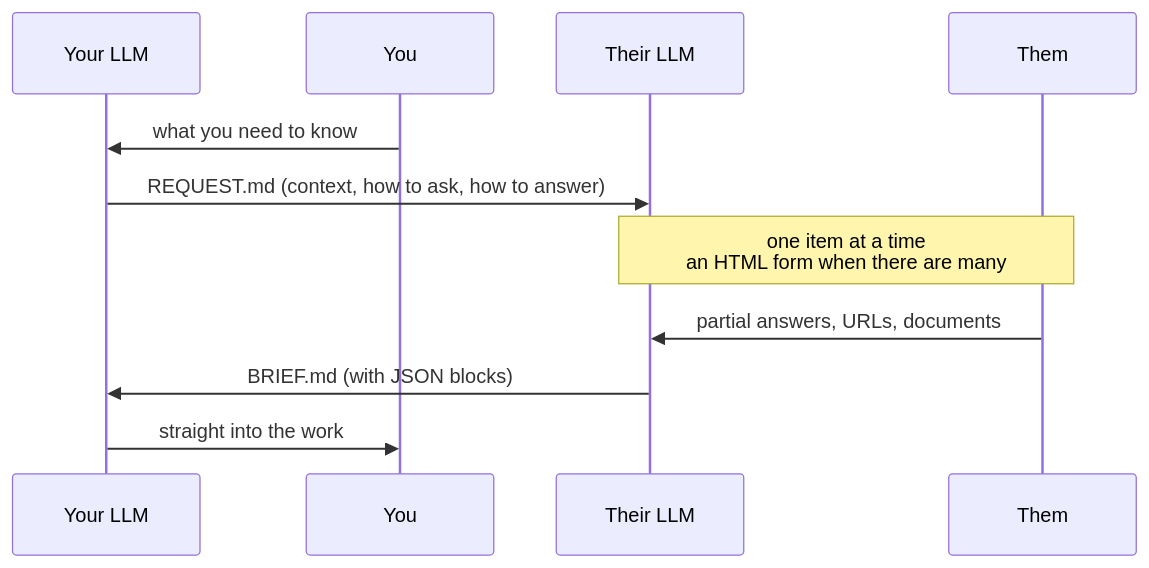
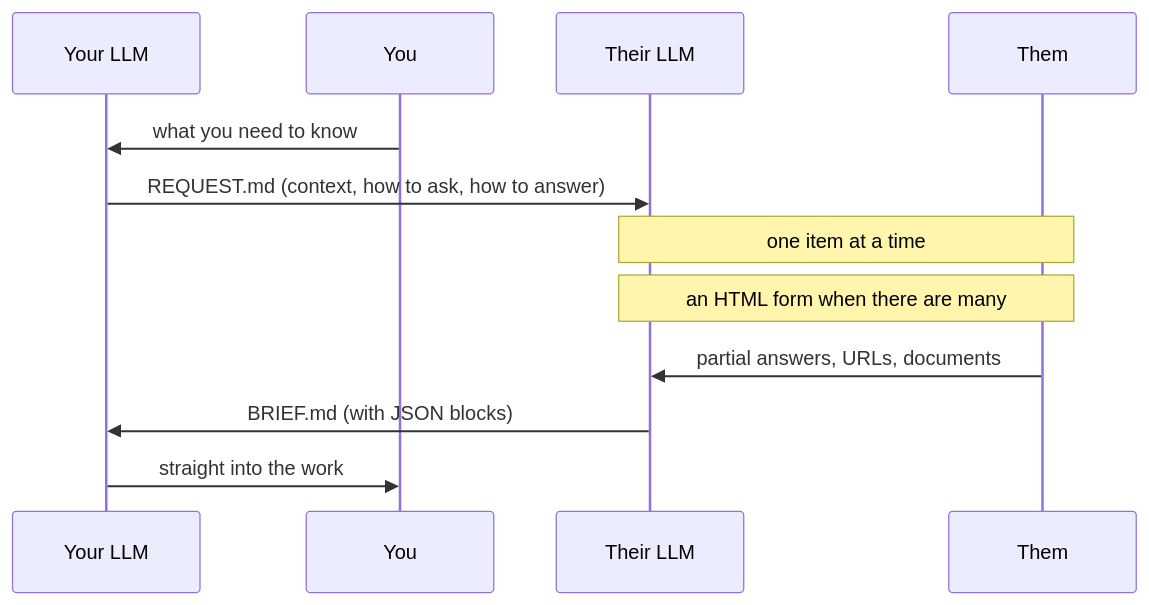
The diagram in README.en.md (kanketsu-jp/ai-handoff), drawn with Mermaid before and after one commit. The commit also changed 1 other file, not shown here.

Commit message:
mermaid の <br/> を外して Note に分ける

````diff
--- a/README.en.md
+++ b/README.en.md
@@ -11,13 +11,14 @@
 ```mermaid
 sequenceDiagram
     participant A as Your LLM
     participant H as You
     participant C as Their LLM
     participant P as Them
     H->>A: what you need to know
     A->>C: REQUEST.md (context, how to ask, how to answer)
-    Note over C,P: one item at a time<br/>an HTML form when there are many
+    Note over C,P: one item at a time
+    Note over C,P: an HTML form when there are many
     P->>C: partial answers, URLs, documents
     C->>A: BRIEF.md (with JSON blocks)
     A->>H: straight into the work
 ```
````
